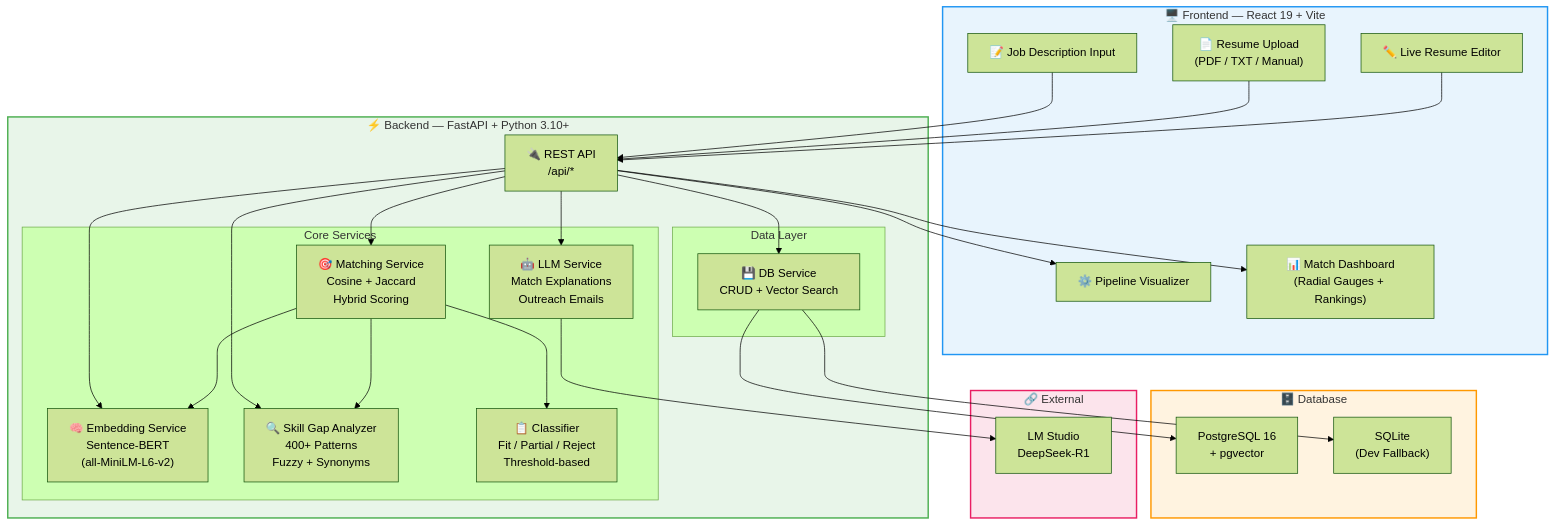
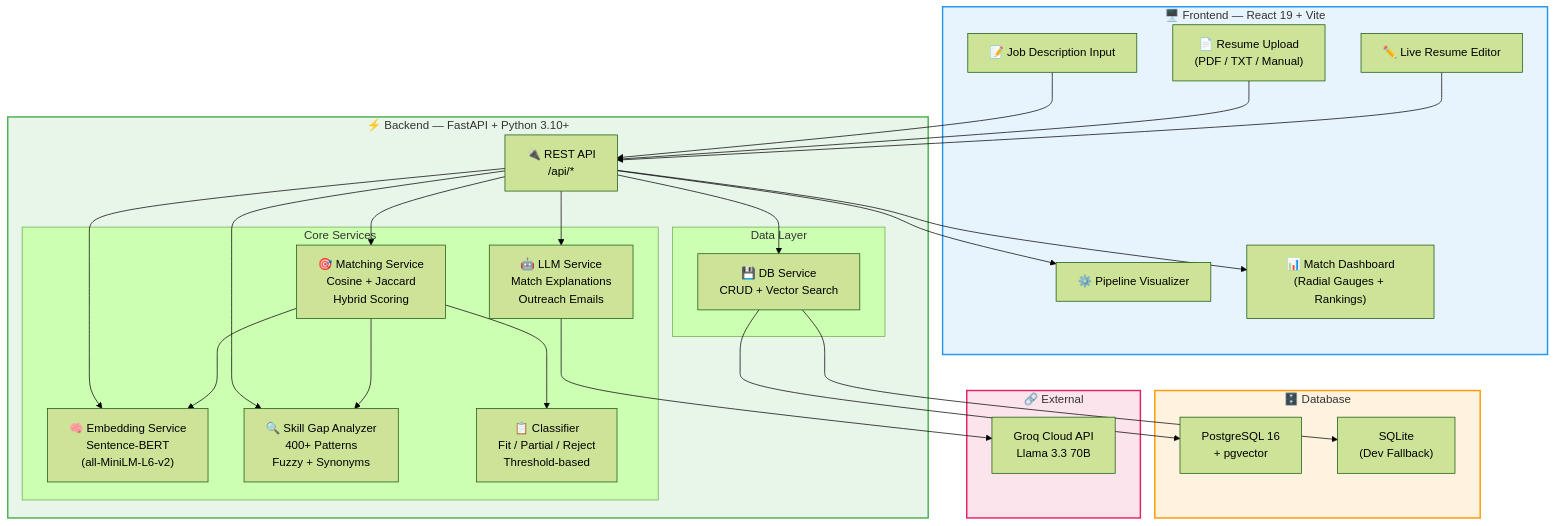
One commit to RKG765/Resume-Job-Matching-System changed the first of 5 diagrams in README.md. Above: the diagram before and after it, drawn with Mermaid (forest theme). The commit also changed other lines of this file and 18 other files, not shown here.

````diff
--- a/README.md
+++ b/README.md
@@ -54,56 +57,56 @@
 ```mermaid
 graph TB
     subgraph Frontend["🖥️ Frontend — React 19 + Vite"]
         UI_JD["📝 Job Description Input"]
         UI_Resume["📄 Resume Upload<br/>(PDF / TXT / Manual)"]
         UI_Editor["✏️ Live Resume Editor"]
         UI_Pipeline["⚙️ Pipeline Visualizer"]
         UI_Dashboard["📊 Match Dashboard<br/>(Radial Gauges + Rankings)"]
     end
 
     subgraph Backend["⚡ Backend — FastAPI + Python 3.10+"]
         API["🔌 REST API<br/>/api/*"]
         
         subgraph Services["Core Services"]
             EMB["🧠 Embedding Service<br/>Sentence-BERT<br/>(all-MiniLM-L6-v2)"]
             MATCH["🎯 Matching Service<br/>Cosine + Jaccard<br/>Hybrid Scoring"]
             SKILL["🔍 Skill Gap Analyzer<br/>400+ Patterns<br/>Fuzzy + Synonyms"]
             CLASS["📋 Classifier<br/>Fit / Partial / Reject<br/>Threshold-based"]
             LLM["🤖 LLM Service<br/>Match Explanations<br/>Outreach Emails"]
         end
         
         subgraph Data["Data Layer"]
             DB_SVC["💾 DB Service<br/>CRUD + Vector Search"]
         end
     end
 
     subgraph Storage["🗄️ Database"]
         PG["PostgreSQL 16<br/>+ pgvector"]
         SQLite["SQLite<br/>(Dev Fallback)"]
     end
 
     subgraph External["🔗 External"]
-        LM_STUDIO["LM Studio<br/>DeepSeek-R1"]
+        GROQ["Groq Cloud API<br/>Llama 3.3 70B"]
     end
 
     UI_JD & UI_Resume --> API
     UI_Editor --> API
     API --> EMB
     API --> MATCH
     API --> SKILL
     API --> LLM
     MATCH --> EMB
     MATCH --> SKILL
     MATCH --> CLASS
     API --> DB_SVC
     DB_SVC --> PG
     DB_SVC --> SQLite
-    LLM --> LM_STUDIO
+    LLM --> GROQ
     API --> UI_Pipeline
     API --> UI_Dashboard
 
     style Frontend fill:#e8f4fd,stroke:#2196F3,stroke-width:2px
     style Backend fill:#e8f5e9,stroke:#4CAF50,stroke-width:2px
     style Storage fill:#fff3e0,stroke:#FF9800,stroke-width:2px
     style External fill:#fce4ec,stroke:#E91E63,stroke-width:2px
 ```
````
